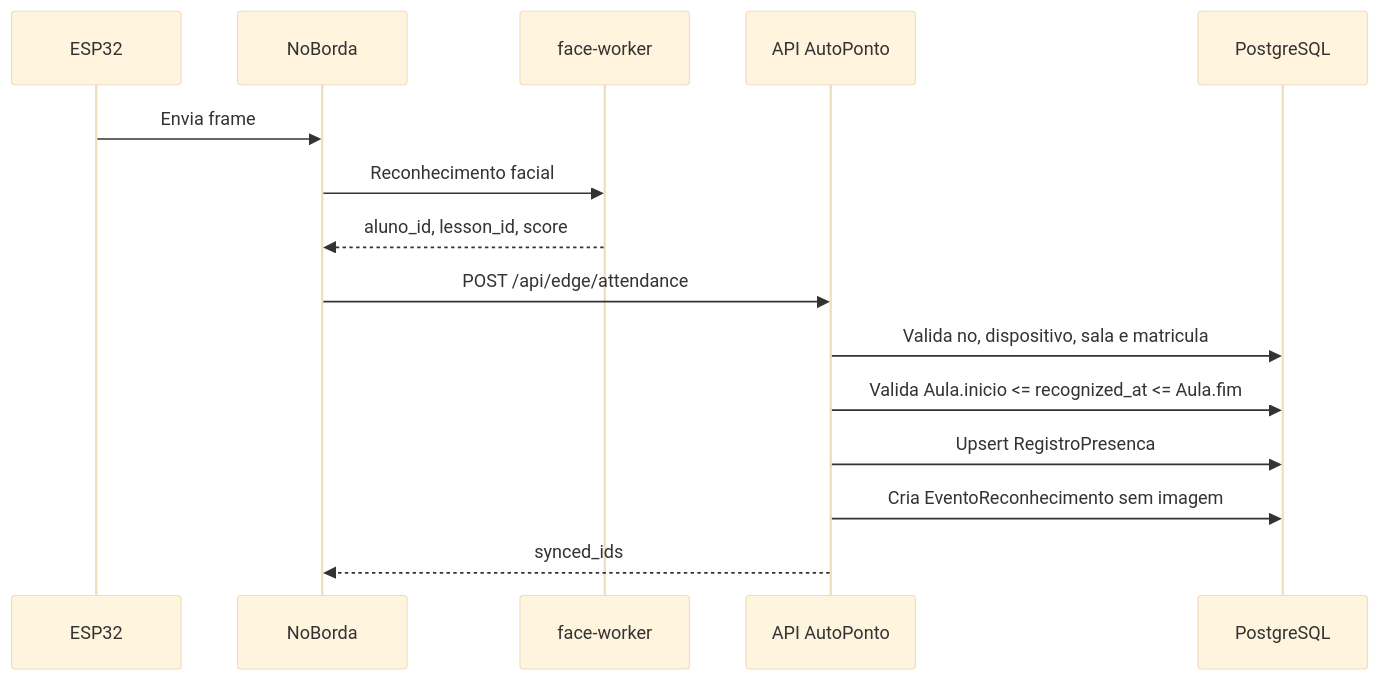
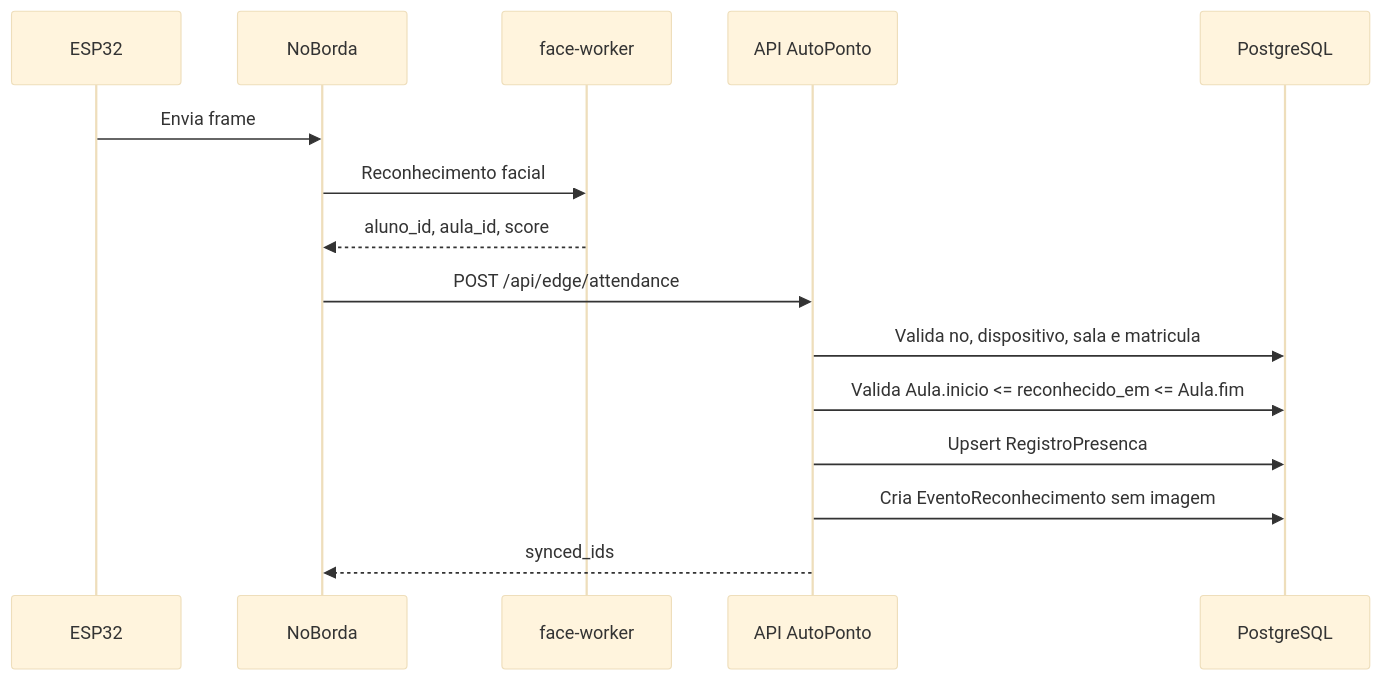
One commit to DanielKGM/autoponto changed the fifth of 10 diagrams in autoponto-backend/docs/diagramas-tcc.md. Above: the diagram before and after it, drawn with Mermaid (base theme). The commit also changed other lines of this file and 29 other files, not shown here.

````diff
--- a/autoponto-backend/docs/diagramas-tcc.md
+++ b/autoponto-backend/docs/diagramas-tcc.md
@@ -102,18 +104,18 @@
 ```mermaid
 sequenceDiagram
     participant ESP as ESP32
     participant Edge as NoBorda
     participant Face as face-worker
     participant API as API AutoPonto
     participant DB as PostgreSQL
 
     ESP->>Edge: Envia frame
     Edge->>Face: Reconhecimento facial
-    Face-->>Edge: aluno_id, lesson_id, score
+    Face-->>Edge: aluno_id, aula_id, score
     Edge->>API: POST /api/edge/attendance
     API->>DB: Valida no, dispositivo, sala e matricula
-    API->>DB: Valida Aula.inicio <= recognized_at <= Aula.fim
+    API->>DB: Valida Aula.inicio <= reconhecido_em <= Aula.fim
     API->>DB: Upsert RegistroPresenca
     API->>DB: Cria EventoReconhecimento sem imagem
     API-->>Edge: synced_ids
 ```
````
